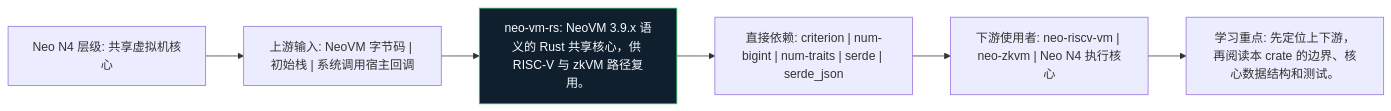
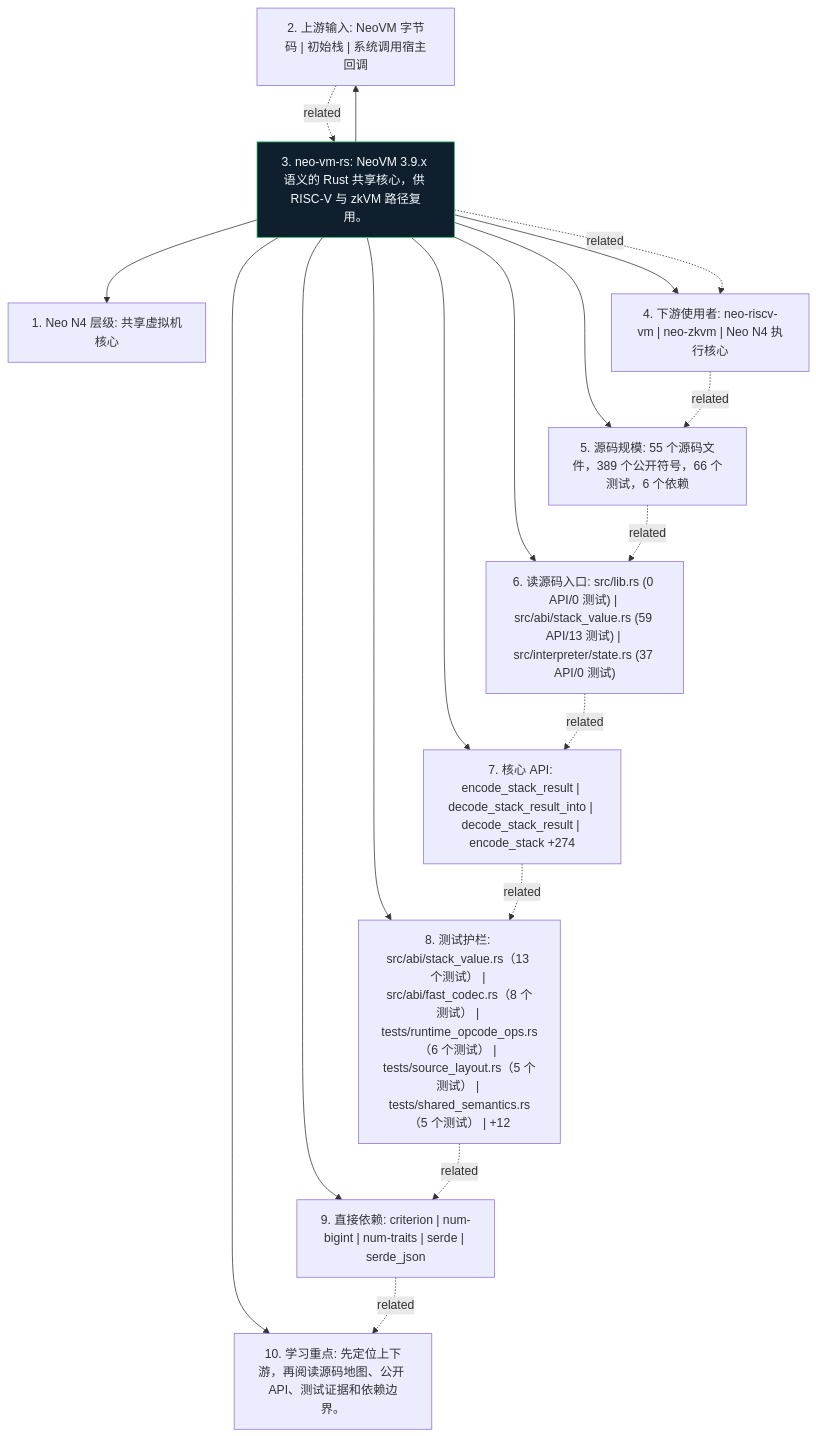
The diagram in docs/figures/position.zh.mmd (r3e-network/neo-vm-rs), drawn with Mermaid before and after one commit. The commit also changed 43 other files, not shown here.

Commit message:
Deepen crate diagrams with source-aware atlas

```diff
--- a/docs/figures/position.zh.mmd
+++ b/docs/figures/position.zh.mmd
@@ -1,14 +1,30 @@
-flowchart LR
-    N1["Neo N4 层级: 共享虚拟机核心"]
-    N2["上游输入: NeoVM 字节码 | 初始栈 | 系统调用宿主回调"]
-    N3["neo-vm-rs: NeoVM 3.9.x 语义的 Rust 共享核心，供 RISC-V 与 zkVM 路径复用。"]
-    N4["直接依赖: criterion | num-bigint | num-traits | serde | serde_json"]
-    N5["下游使用者: neo-riscv-vm | neo-zkvm | Neo N4 执行核心"]
-    N6["学习重点: 先定位上下游，再阅读本 crate 的边界、核心数据结构和测试。"]
-    N1 --> N2
-    N2 --> N3
+flowchart TB
+    N1["1. Neo N4 层级: 共享虚拟机核心"]
+    N2["2. 上游输入: NeoVM 字节码 | 初始栈 | 系统调用宿主回调"]
+    N3["3. neo-vm-rs: NeoVM 3.9.x 语义的 Rust 共享核心，供 RISC-V 与 zkVM 路径复用。"]
+    N4["4. 下游使用者: neo-riscv-vm | neo-zkvm | Neo N4 执行核心"]
+    N5["5. 源码规模: 55 个源码文件，389 个公开符号，66 个测试，6 个依赖"]
+    N6["6. 读源码入口: src/lib.rs (0 API/0 测试) | src/abi/stack_value.rs (59 API/13 测试) | src/interpreter/state.rs (37 API/0 测试)"]
+    N7["7. 核心 API: encode_stack_result | decode_stack_result_into | decode_stack_result | encode_stack +274"]
+    N8["8. 测试护栏: src/abi/stack_value.rs（13 个测试） | src/abi/fast_codec.rs（8 个测试） | tests/runtime_opcode_ops.rs（6 个测试） | tests/source_layout.rs（5 个测试） | tests/shared_semantics.rs（5 个测试） | +12"]
+    N9["9. 直接依赖: criterion | num-bigint | num-traits | serde | serde_json"]
+    N10["10. 学习重点: 先定位上下游，再阅读源码地图、公开 API、测试证据和依赖边界。"]
+    N3 --> N1
+    N3 --> N2
     N3 --> N4
-    N4 --> N5
-    N5 --> N6
+    N3 --> N5
+    N3 --> N6
+    N3 --> N7
+    N3 --> N8
+    N3 --> N9
+    N3 --> N10
+    N2 -. related .-> N3
+    N3 -. related .-> N4
+    N4 -. related .-> N5
+    N5 -. related .-> N6
+    N6 -. related .-> N7
+    N7 -. related .-> N8
+    N8 -. related .-> N9
+    N9 -. related .-> N10
     classDef crate fill:#101f2d,stroke:#38d978,color:#f6fbff
     class N3 crate
```
